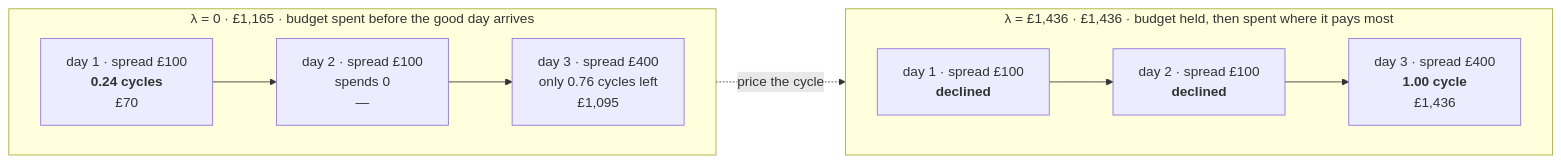
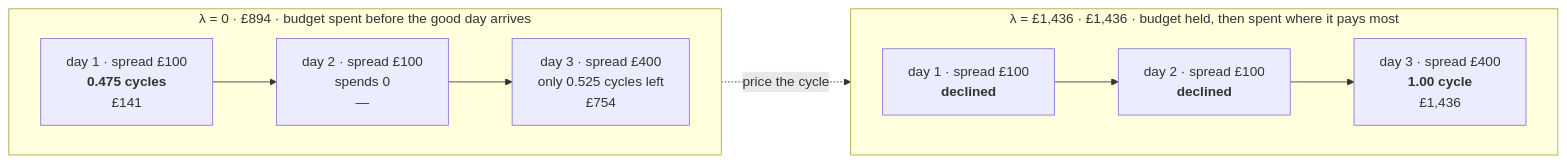
The diagram in docs/cycle-budget.md (GuilhermePFM/BatteryCase), drawn with Mermaid before and after one commit. The commit also changed other lines of this file and 15 other files, not shown here.

````diff
--- a/docs/cycle-budget.md
+++ b/docs/cycle-budget.md
@@ -71,12 +71,12 @@
 ```mermaid
 flowchart LR
-    subgraph A["λ = 0 · £1,165 · budget spent before the good day arrives"]
+    subgraph A["λ = 0 · £894 · budget spent before the good day arrives"]
         direction LR
-        A1["day 1 · spread £100<br/><b>0.24 cycles</b><br/>£70"] --> A2["day 2 · spread £100<br/>spends 0<br/>—"] --> A3["day 3 · spread £400<br/>only 0.76 cycles left<br/>£1,095"]
+        A1["day 1 · spread £100<br/><b>0.475 cycles</b><br/>£141"] --> A2["day 2 · spread £100<br/>spends 0<br/>—"] --> A3["day 3 · spread £400<br/>only 0.525 cycles left<br/>£754"]
     end
     subgraph B["λ = £1,436 · £1,436 · budget held, then spent where it pays most"]
         direction LR
         B1["day 1 · spread £100<br/><b>declined</b>"] --> B2["day 2 · spread £100<br/><b>declined</b>"] --> B3["day 3 · spread £400<br/><b>1.00 cycle</b><br/>£1,436"]
     end
     A -.->|"price the cycle"| B
 ```
````
